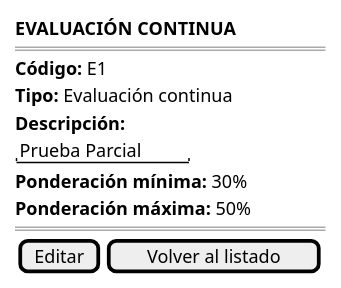
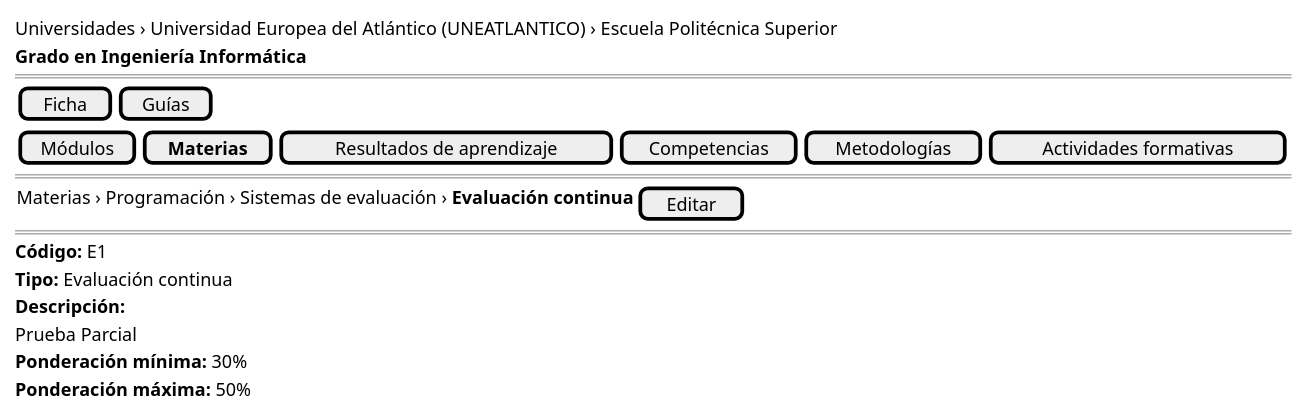
Before and after one commit to mmasias/pyCeldaPublico: the diagram in RUP/01-requisitos/03-detalle-casos-uso/abrirSistemaEvaluacion/wireframes.puml, drawn with PlantUML. The commit also changed 384 other files, not shown here.

```diff
--- a/RUP/01-requisitos/03-detalle-casos-uso/abrirSistemaEvaluacion/wireframes.puml
+++ b/RUP/01-requisitos/03-detalle-casos-uso/abrirSistemaEvaluacion/wireframes.puml
@@ -1,14 +1,18 @@
 @startsalt abrirSistemaEvaluacion-wireframe
 {
-    <b>EVALUACIÓN CONTINUA</b>
+    Universidades › Universidad Europea del Atlántico (UNEATLANTICO) › Escuela Politécnica Superior
+    <b>Grado en Ingeniería Informática</b>
+    ====
+    { [ Ficha ] | [ Guías ] }
+    { [ Módulos ] | [ <b>Materias</b> ] | [ Resultados de aprendizaje ] | [ Competencias ] | [ Metodologías ] | [ Actividades formativas ] }
+    ====
+    { Materias › Programación › Sistemas de evaluación › <b>Evaluación continua</b> | [ Editar ] }
     ====
     <b>Código:</b> E1
     <b>Tipo:</b> Evaluación continua
     <b>Descripción:</b>
-    "Prueba Parcial"
+    Prueba Parcial
     <b>Ponderación mínima:</b> 30%
     <b>Ponderación máxima:</b> 50%
-    ====
-    {[Editar] | [Volver al listado]}
 }
 @endsalt
```
